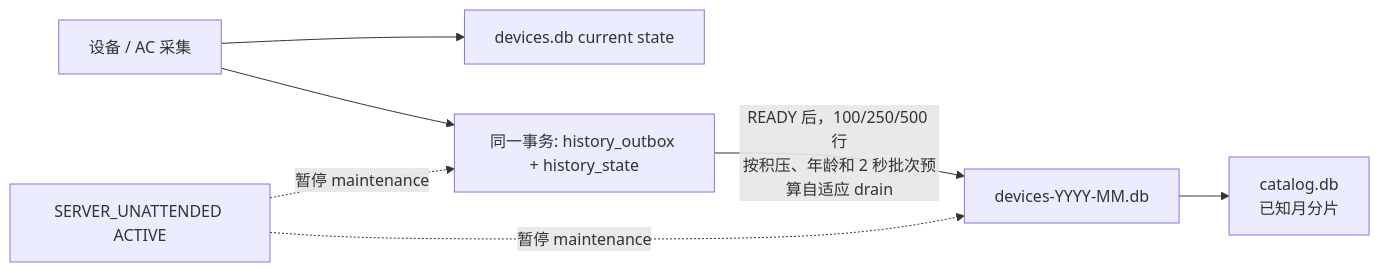
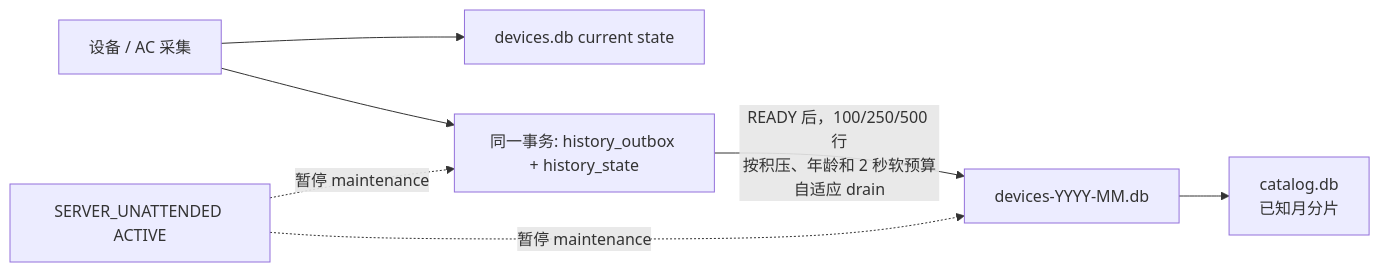
The first of 3 diagrams in docs/storage/DATA_LAYOUT.md (wxj183589/NetConsole), drawn with Mermaid before and after one commit. The commit also changed other lines of this file and 8 other files, not shown here.

````diff
--- a/docs/storage/DATA_LAYOUT.md
+++ b/docs/storage/DATA_LAYOUT.md
@@ -110,9 +112,9 @@
 ```mermaid
 flowchart LR
     C["设备 / AC 采集"] --> S["devices.db current state"]
     C --> O["同一事务: history_outbox + history_state"]
-    O -->|"READY 后，100/250/500 行\n按积压、年龄和 2 秒批次预算自适应 drain"| M["devices-YYYY-MM.db"]
+    O -->|"READY 后，100/250/500 行\n按积压、年龄和 2 秒软预算自适应 drain"| M["devices-YYYY-MM.db"]
     M --> K["catalog.db\n已知月分片"]
     U["SERVER_UNATTENDED ACTIVE"] -."暂停 maintenance".-> O
     U -."暂停 maintenance".-> M
 ```
````
